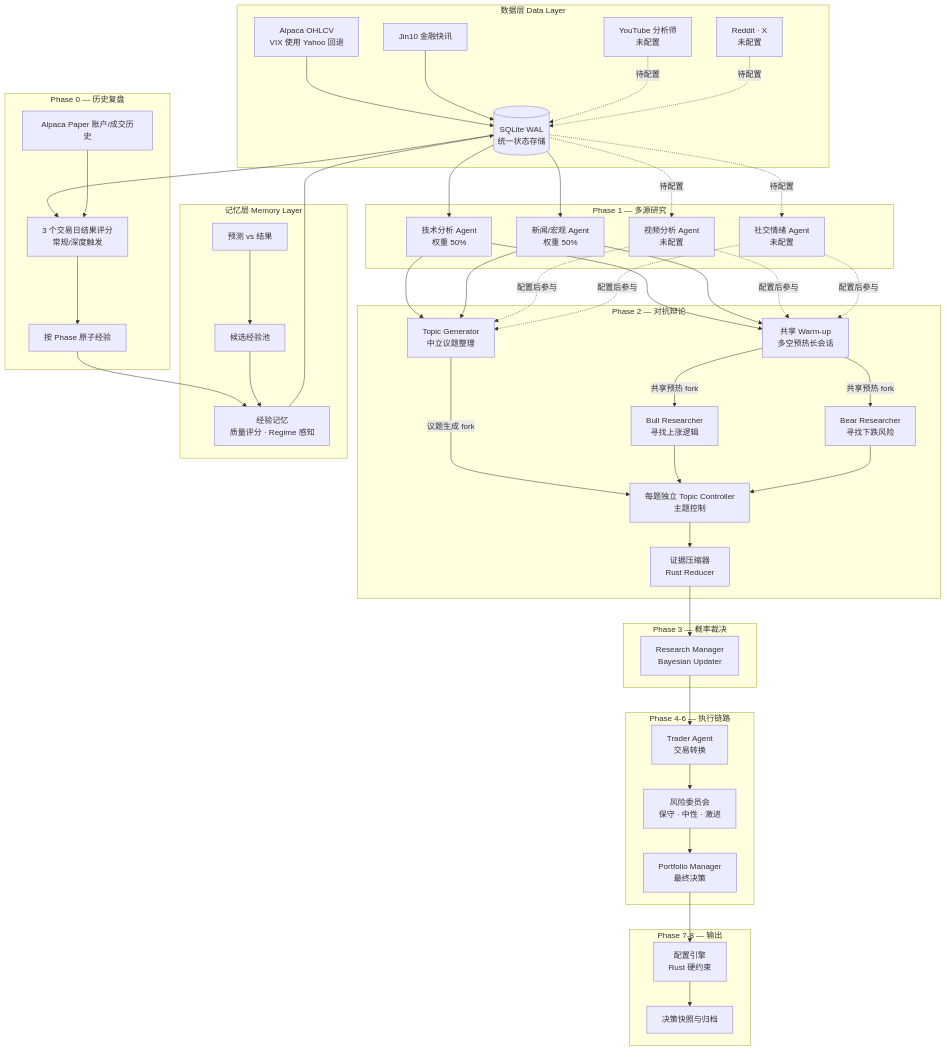
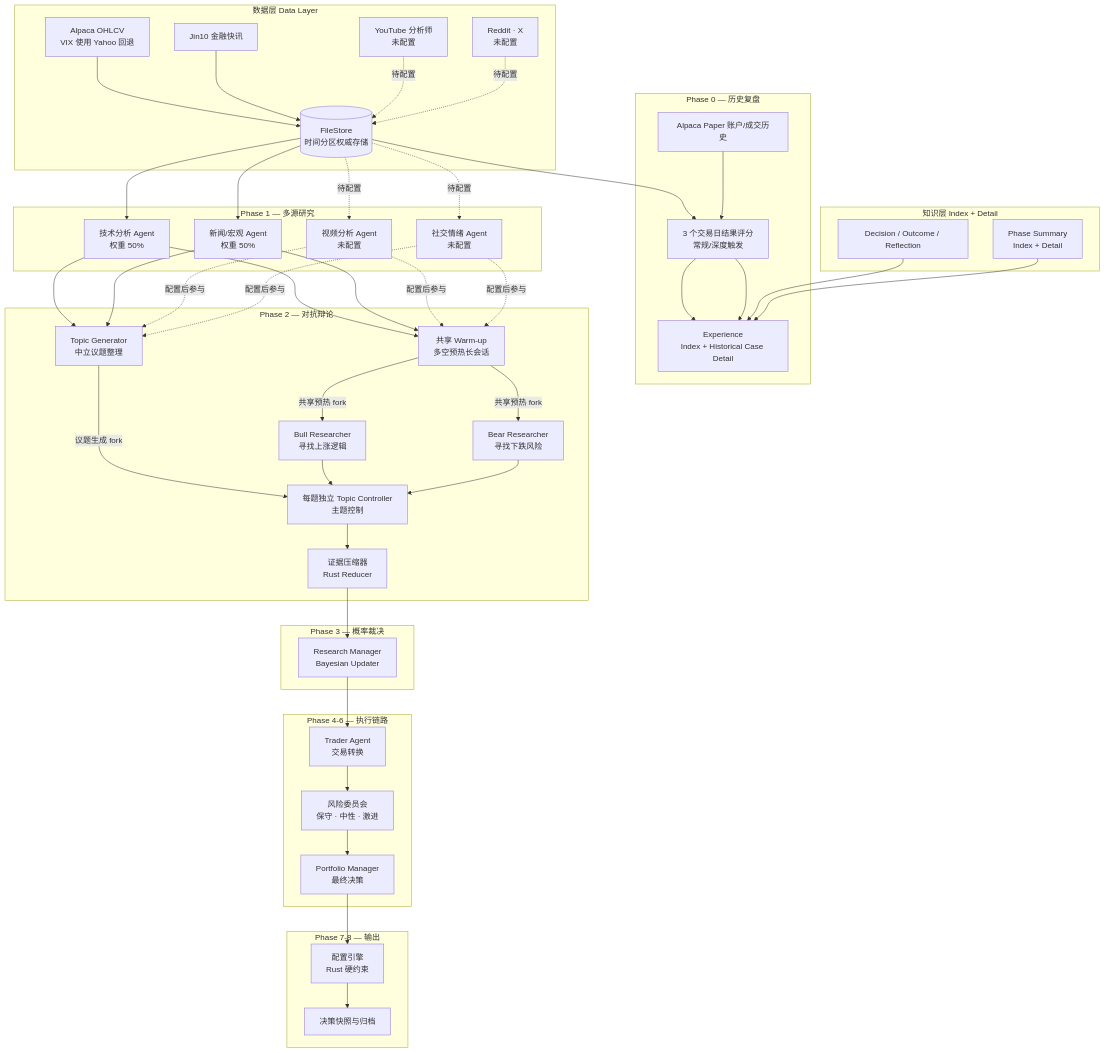
One commit to alixeu/akzio-signal-intelligence changed the diagram in README.md. Above: the diagram before and after it, drawn with Mermaid. The commit also changed other lines of this file and 11 other files, not shown here.

````diff
--- a/README.md
+++ b/README.md
@@ -21,79 +21,78 @@
 ```mermaid
 graph TD
     subgraph "数据层 Data Layer"
         MARKET[Alpaca OHLCV<br/>VIX 使用 Yahoo 回退]
         JIN10[Jin10 金融快讯]
         YT[YouTube 分析师<br/>未配置]
         SOCIAL[Reddit · X<br/>未配置]
-        SQL[(SQLite WAL<br/>统一状态存储)]
+        STORE[(FileStore<br/>时间分区权威存储)]
     end
 
     subgraph "Phase 1 — 多源研究"
         TA[技术分析 Agent<br/>权重 50%]
         NA[新闻/宏观 Agent<br/>权重 50%]
         YA[视频分析 Agent<br/>未配置]
         SA[社交情绪 Agent<br/>未配置]
     end
 
     subgraph "Phase 0 — 历史复盘"
         HIST[Alpaca Paper 账户/成交历史]
         SCORE[3 个交易日结果评分<br/>常规/深度触发]
         EXP[按 Phase 原子经验]
     end
 
     subgraph "Phase 2 — 对抗辩论"
         TG[Topic Generator<br/>中立议题整理]
         WARM[共享 Warm-up<br/>多空预热长会话]
         BULL[Bull Researcher<br/>寻找上涨逻辑]
         BEAR[Bear Researcher<br/>寻找下跌风险]
         TC[每题独立 Topic Controller<br/>主题控制]
         RED[证据压缩器<br/>Rust Reducer]
     end
 
     subgraph "Phase 3 — 概率裁决"
         RM[Research Manager<br/>Bayesian Updater]
     end
 
     subgraph "Phase 4-6 — 执行链路"
         TR[Trader Agent<br/>交易转换]
         RISK[风险委员会<br/>保守 · 中性 · 激进]
         PM[Portfolio Manager<br/>最终决策]
     end
 
     subgraph "Phase 7-8 — 输出"
         ALLOC[配置引擎<br/>Rust 硬约束]
         REF[决策快照与归档]
     end
 
-    subgraph "记忆层 Memory Layer"
-        MEM[经验记忆<br/>质量评分 · Regime 感知]
-        CAND[候选经验池]
-        OUT[预测 vs 结果]
+    subgraph "知识层 Index + Detail"
+        SUM[Phase Summary<br/>Index + Detail]
+        EXP[Experience<br/>Index + Historical Case Detail]
+        OUT[Decision / Outcome / Reflection]
     end
 
-    MARKET --> SQL
-    JIN10 --> SQL
-    SQL --> SCORE
+    MARKET --> STORE
+    JIN10 --> STORE
+    STORE --> SCORE
     HIST --> SCORE
     SCORE --> EXP
-    EXP --> MEM
-    YT -. 待配置 .-> SQL
-    SOCIAL -. 待配置 .-> SQL
-    SQL --> TA & NA
-    SQL -. 待配置 .-> YA & SA
+    SCORE --> EXP
+    YT -. 待配置 .-> STORE
+    SOCIAL -. 待配置 .-> STORE
+    STORE --> TA & NA
+    STORE -. 待配置 .-> YA & SA
     TA & NA --> TG & WARM
     YA & SA -. 配置后参与 .-> TG & WARM
     WARM -->|共享预热 fork| BULL & BEAR
     TG -->|议题生成 fork| TC
     BULL & BEAR --> TC
     TC --> RED
     RED --> RM
     RM --> TR
     TR --> RISK
     RISK --> PM
     PM --> ALLOC
     ALLOC --> REF
-    OUT --> CAND
-    CAND --> MEM
-    MEM --> SQL
+    OUT --> EXP
+    SUM --> EXP
 ```
````
